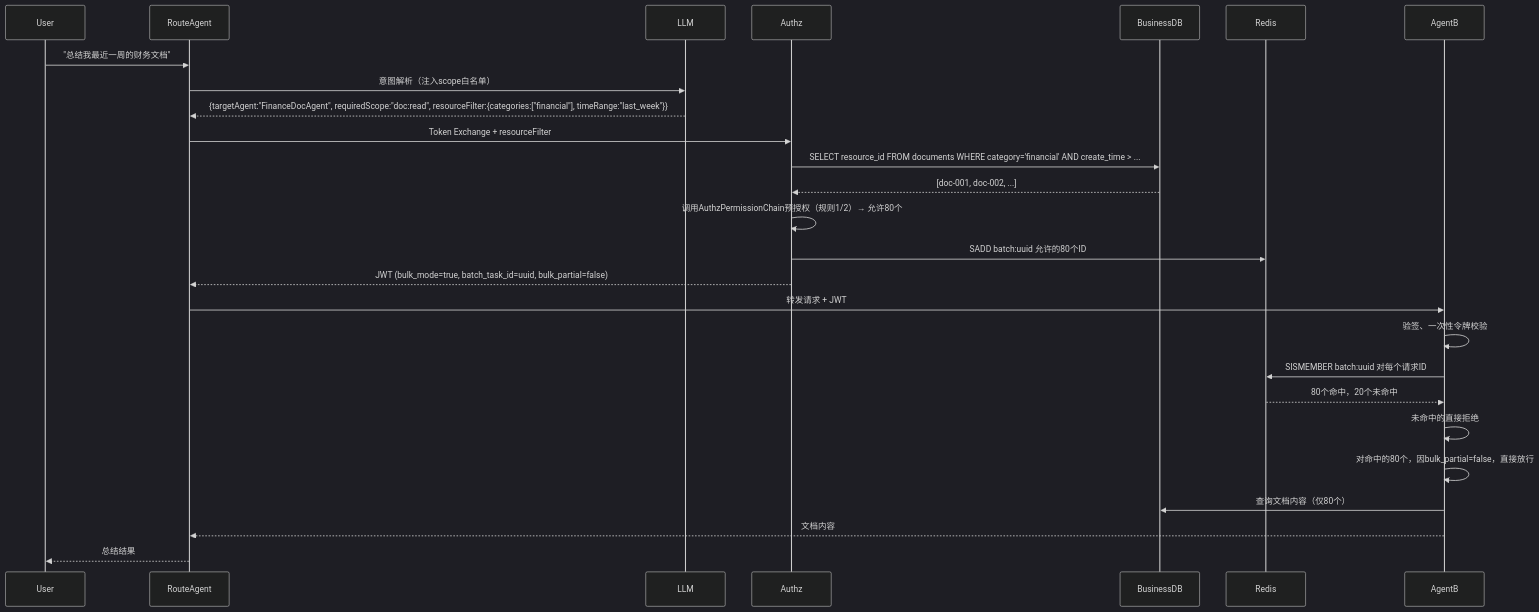
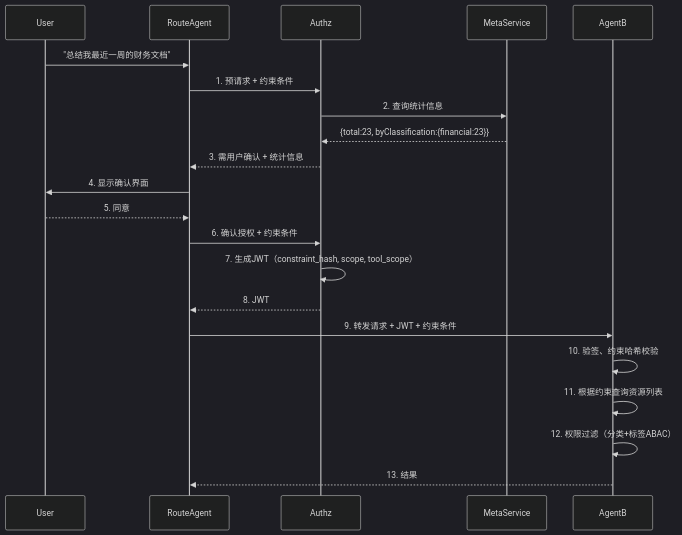
The diagram in security/A2A 权限系统架构设计文档.md (latcn/developer-knowledge), drawn with Mermaid (dark theme) before and after one commit. The commit also changed other lines of this file, not shown here.

````diff
--- a/security/A2A 权限系统架构设计文档.md
+++ b/security/A2A 权限系统架构设计文档.md
@@ -431,29 +549,24 @@
 ```mermaid
 sequenceDiagram
     participant User
     participant RouteAgent
-    participant LLM
     participant Authz
-    participant BusinessDB
-    participant Redis
+    participant MetaService
     participant AgentB
 
     User->>RouteAgent: "总结我最近一周的财务文档"
-    RouteAgent->>LLM: 意图解析（注入scope白名单）
-    LLM-->>RouteAgent: {targetAgent:"FinanceDocAgent", requiredScope:"doc:read", resourceFilter:{categories:["financial"], timeRange:"last_week"}}
-    RouteAgent->>Authz: Token Exchange + resourceFilter
-    Authz->>BusinessDB: SELECT resource_id FROM documents WHERE category='financial' AND create_time > ...
-    BusinessDB-->>Authz: [doc-001, doc-002, ...]
-    Authz->>Authz: 调用AuthzPermissionChain预授权（规则1/2）→ 允许80个
-    Authz->>Redis: SADD batch:uuid 允许的80个ID
-    Authz-->>RouteAgent: JWT (bulk_mode=true, batch_task_id=uuid, bulk_partial=false)
-    RouteAgent->>AgentB: 转发请求 + JWT
-    AgentB->>AgentB: 验签、一次性令牌校验
-    AgentB->>Redis: SISMEMBER batch:uuid 对每个请求ID
-    Redis-->>AgentB: 80个命中，20个未命中
-    AgentB->>AgentB: 未命中的直接拒绝
-    AgentB->>AgentB: 对命中的80个，因bulk_partial=false，直接放行
-    AgentB->>BusinessDB: 查询文档内容（仅80个）
-    AgentB-->>RouteAgent: 文档内容
-    RouteAgent-->>User: 总结结果
+    RouteAgent->>Authz: 1. 预请求 + 约束条件
+    Authz->>MetaService: 2. 查询统计信息
+    MetaService-->>Authz: {total:23, byClassification:{financial:23}}
+    Authz-->>RouteAgent: 3. 需用户确认 + 统计信息
+    RouteAgent->>User: 4. 显示确认界面
+    User-->>RouteAgent: 5. 同意
+    RouteAgent->>Authz: 6. 确认授权 + 约束条件
+    Authz->>Authz: 7. 生成JWT（constraint_hash, scope, tool_scope）
+    Authz-->>RouteAgent: 8. JWT
+    RouteAgent->>AgentB: 9. 转发请求 + JWT + 约束条件
+    AgentB->>AgentB: 10. 验签、约束哈希校验
+    AgentB->>AgentB: 11. 根据约束查询资源列表
+    AgentB->>AgentB: 12. 权限过滤（分类+标签ABAC）
+    AgentB-->>RouteAgent: 13. 结果
 ```
````
